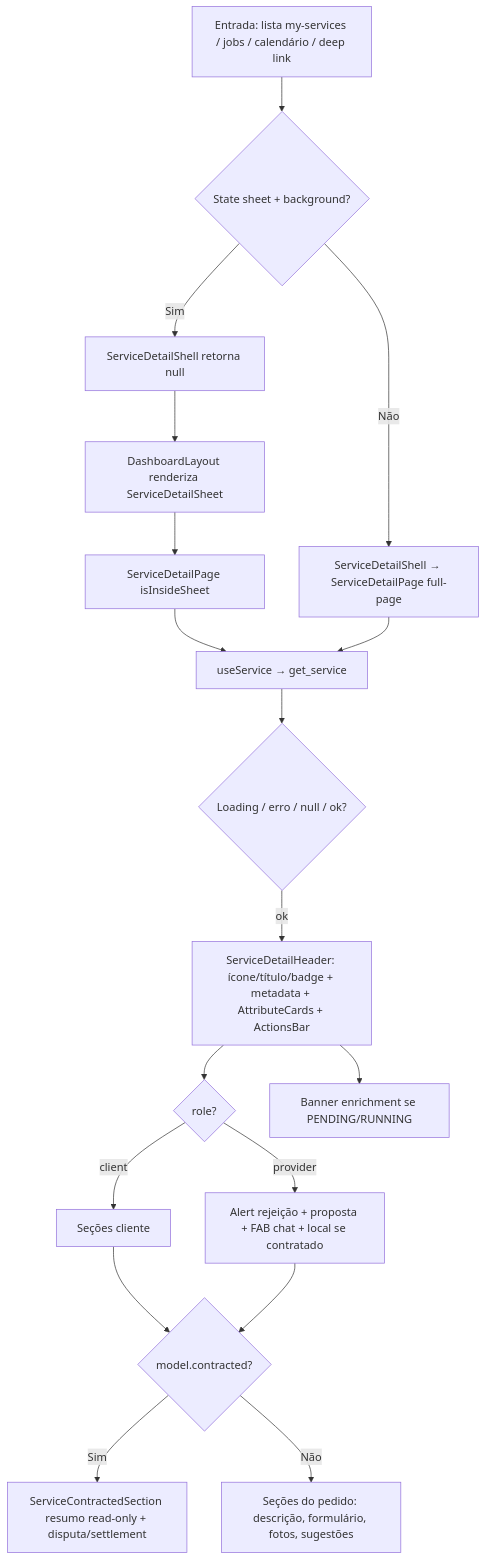
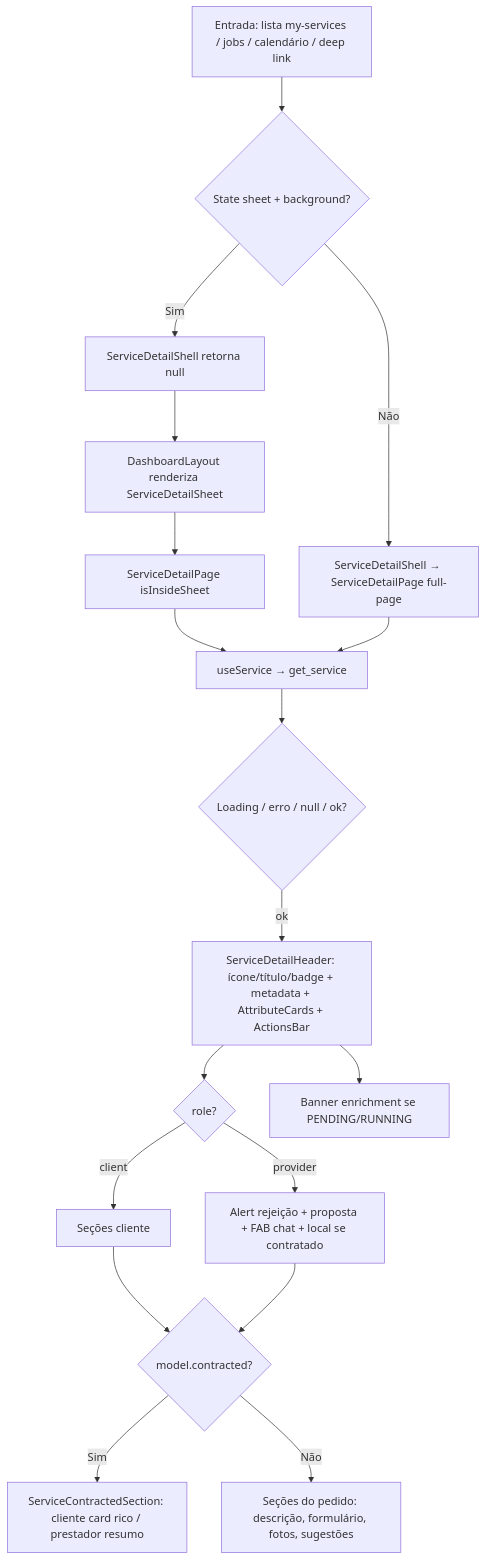
Before and after one commit to higorpo/renovi-orbit-test: the diagram in docs/business/modulos/view-services/features/visualizacao-de-servicos.md, drawn with Mermaid. The commit also changed other lines of this file and 21 other files, not shown here.

````diff
--- a/docs/business/modulos/view-services/features/visualizacao-de-servicos.md
+++ b/docs/business/modulos/view-services/features/visualizacao-de-servicos.md
@@ -63,20 +63,20 @@
 ```mermaid
 flowchart TD
   A[Entrada: lista my-services / jobs / calendário / deep link] --> B{State sheet + background?}
   B -->|Sim| C[ServiceDetailShell retorna null]
   C --> D[DashboardLayout renderiza ServiceDetailSheet]
   D --> E[ServiceDetailPage isInsideSheet]
   B -->|Não| F[ServiceDetailShell → ServiceDetailPage full-page]
   E --> G[useService → get_service]
   F --> G
   G --> H{Loading / erro / null / ok?}
   H -->|ok| I[ServiceDetailHeader: ícone/título/badge + metadata + AttributeCards + ActionsBar]
   I --> J{role?}
   J -->|client| K[Seções cliente]
   J -->|provider| L[Alert rejeição + proposta + FAB chat + local se contratado]
   K --> M{model.contracted?}
   L --> M
-  M -->|Sim| N[ServiceContractedSection resumo read-only + disputa/settlement]
+  M -->|Sim| N[ServiceContractedSection: cliente card rico / prestador resumo]
   M -->|Não| O[Seções do pedido: descrição, formulário, fotos, sugestões]
   I --> ENR[Banner enrichment se PENDING/RUNNING]
 ```
````
